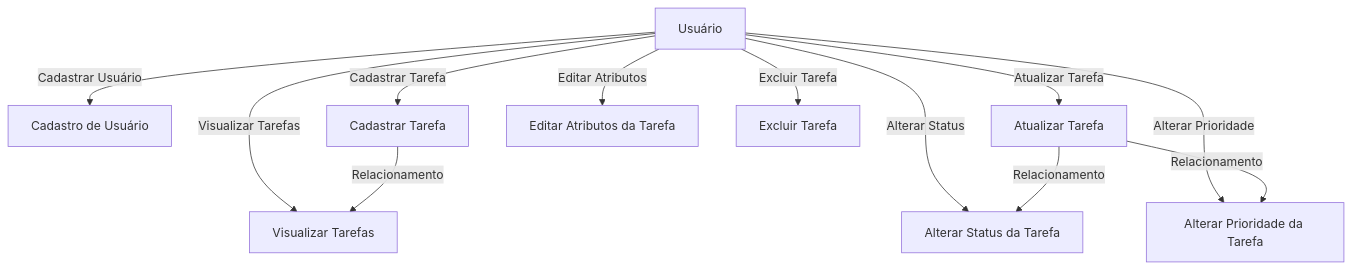
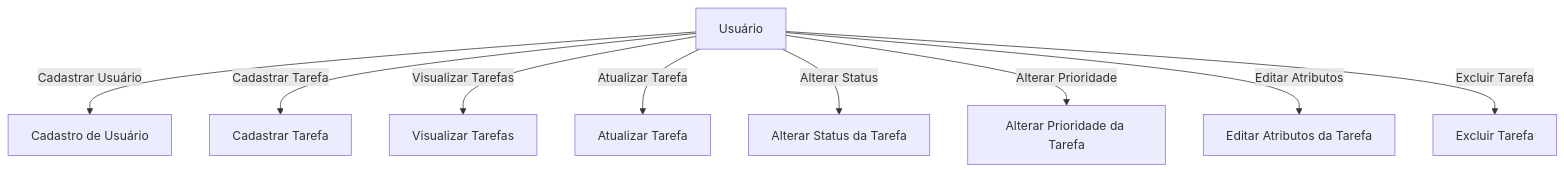
One commit to rafaelmoura23/saep-pratica changed the second of 2 diagrams in README.md. Above: the diagram before and after it, drawn with Mermaid. The commit also changed other lines of this file, not shown here.

Commit message:
atualização diagrama com mermaid

````diff
--- a/README.md
+++ b/README.md
@@ -51,18 +37,14 @@
 ``` mermaid
 
 %%{ init: { "nodeSpacing": 50, "edgeSpacing": 20, "curve": "linear" } }%%
 graph TD
     U[Usuário] -->|Cadastrar Usuário| UC1[Cadastro de Usuário]
     U -->|Cadastrar Tarefa| UC2[Cadastrar Tarefa]
     U -->|Visualizar Tarefas| UC3[Visualizar Tarefas]
     U -->|Atualizar Tarefa| UC4[Atualizar Tarefa]
     U -->|Alterar Status| UC5[Alterar Status da Tarefa]
     U -->|Alterar Prioridade| UC6[Alterar Prioridade da Tarefa]
     U -->|Editar Atributos| UC7[Editar Atributos da Tarefa]
     U -->|Excluir Tarefa| UC8[Excluir Tarefa]
 
-    UC2 -->|Relacionamento| UC3
-    UC4 -->|Relacionamento| UC5
-    UC4 -->|Relacionamento| UC6
-
 ```
````
